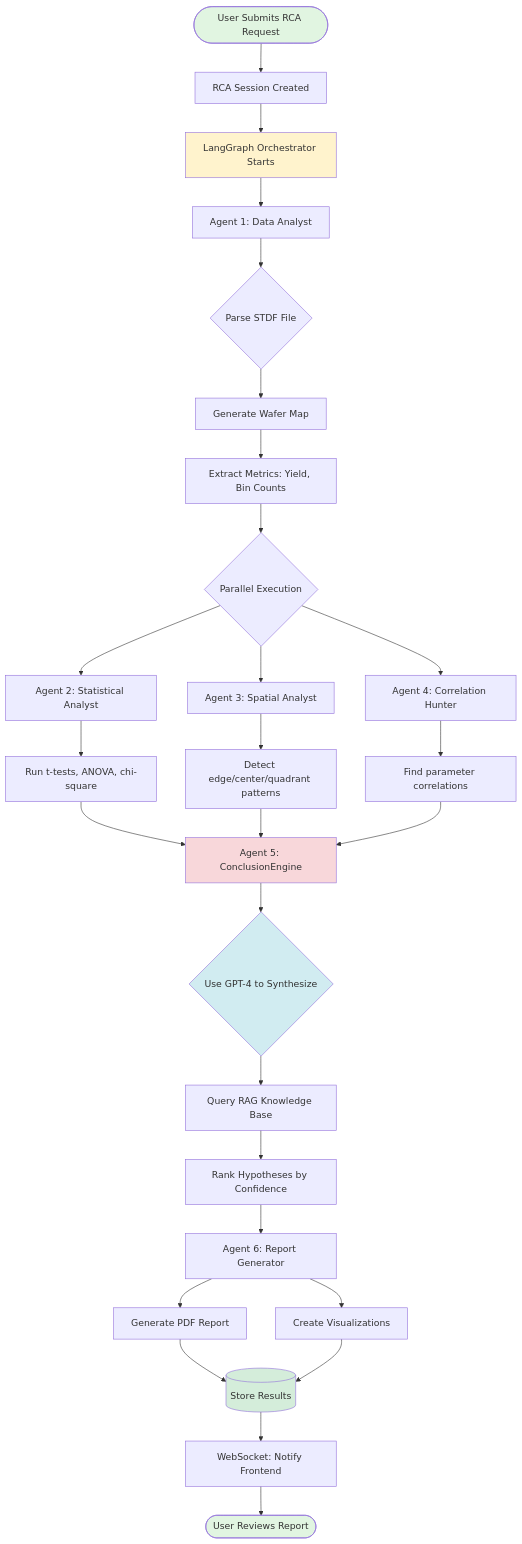
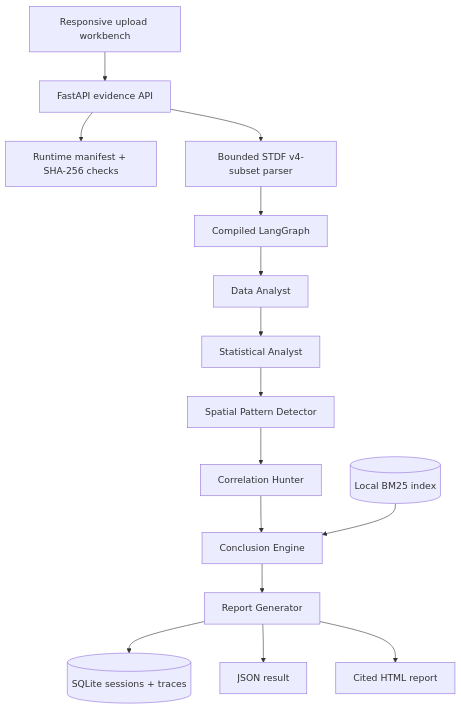
Before and after one commit to rajendarmuddasani/LangGraph-Multi-Agent-Test-Failure-RCA-Platform: the diagram in ARCHITECTURE.md, drawn with Mermaid. The commit also changed other lines of this file and 196 other files, not shown here.

Commit message:
Build evidence-backed LangGraph RCA runtime

````diff
--- a/ARCHITECTURE.md
+++ b/ARCHITECTURE.md
@@ -362,45 +10,17 @@
 ```mermaid
-graph TB
-    Start([User Submits RCA Request]) --> Queue[RCA Session Created]
-    Queue --> LG[LangGraph Orchestrator Starts]
-    
-    LG --> DA[Agent 1: Data Analyst]
-    DA --> Parse{Parse STDF File}
-    Parse --> WaferMap[Generate Wafer Map]
-    WaferMap --> Extract[Extract Metrics: Yield, Bin Counts]
-    
-    Extract --> Parallel{Parallel Execution}
-    
-    Parallel --> SA[Agent 2: Statistical Analyst]
-    Parallel --> SPA[Agent 3: Spatial Analyst]
-    Parallel --> CH[Agent 4: Correlation Hunter]
-    
-    SA --> Stats[Run t-tests, ANOVA, chi-square]
-    SPA --> Pattern[Detect edge/center/quadrant patterns]
-    CH --> Corr[Find parameter correlations]
-    
-    Stats --> CE[Agent 5: ConclusionEngine]
-    Pattern --> CE
-    Corr --> CE
-    
-    CE --> GPT4{Use GPT-4 to Synthesize}
-    GPT4 --> RAG[Query RAG Knowledge Base]
-    RAG --> Rank[Rank Hypotheses by Confidence]
-    
-    Rank --> RG[Agent 6: Report Generator]
-    RG --> PDF[Generate PDF Report]
-    RG --> Viz[Create Visualizations]
-    
-    PDF --> Store[(Store Results)]
-    Viz --> Store
-    
-    Store --> WS[WebSocket: Notify Frontend]
-    WS --> End([User Reviews Report])
-    
-    style Start fill:#e1f5e1
-    style End fill:#e1f5e1
-    style LG fill:#fff3cd
-    style CE fill:#f8d7da
-    style GPT4 fill:#d1ecf1
-    style Store fill:#d4edda
+flowchart TB
+    UI[Responsive upload workbench] --> API[FastAPI evidence API]
+    API --> INTEGRITY[Runtime manifest + SHA-256 checks]
+    API --> PARSER[Bounded STDF v4-subset parser]
+    PARSER --> GRAPH[Compiled LangGraph]
+    GRAPH --> DATA[Data Analyst]
+    DATA --> STATS[Statistical Analyst]
+    STATS --> SPATIAL[Spatial Pattern Detector]
+    SPATIAL --> CORR[Correlation Hunter]
+    CORR --> CONCLUSION[Conclusion Engine]
+    BM25[(Local BM25 index)] --> CONCLUSION
+    CONCLUSION --> REPORT[Report Generator]
+    REPORT --> SQLITE[(SQLite sessions + traces)]
+    REPORT --> JSON[JSON result]
+    REPORT --> HTML[Cited HTML report]
 ```
````
